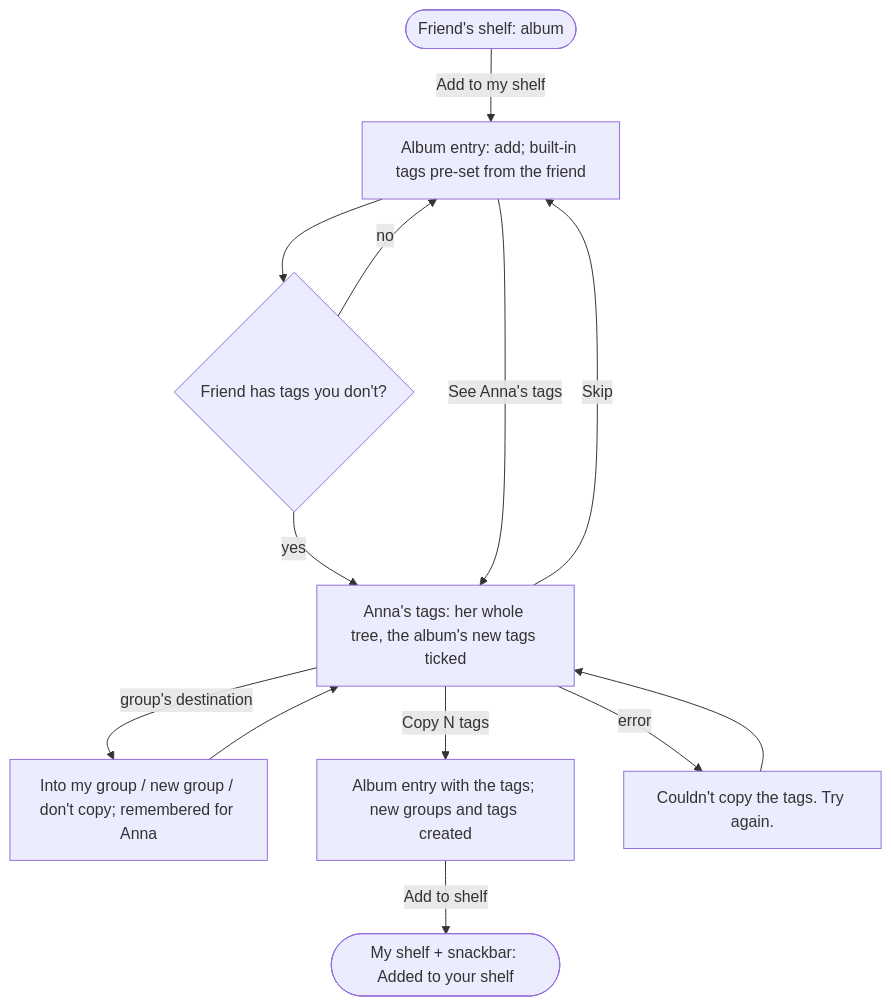
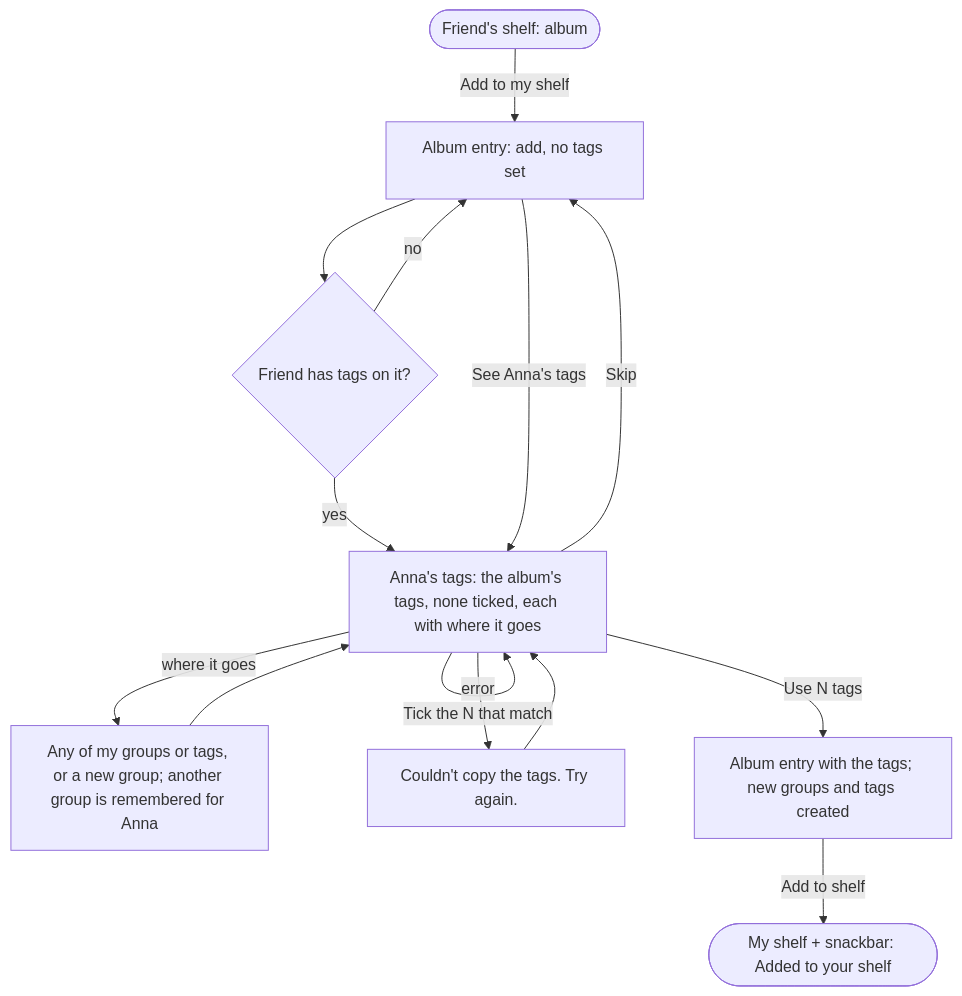
The eighth of 15 diagrams in docs/design/flows.md (Schwub/shelf), drawn with Mermaid before and after one commit. The commit also changed other lines of this file and 15 other files, not shown here.

First line of the commit message:
Copy a friend's tags: only the album's, none ticked, freely mapped

````diff
--- a/docs/design/flows.md
+++ b/docs/design/flows.md
@@ -185,13 +185,14 @@
 ```mermaid
 flowchart TD
-  friend([Friend's shelf: album]) -- Add to my shelf --> entry[Album entry: add; built-in tags pre-set from the friend]
-  entry --> missing{Friend has tags you don't?}
-  missing -- no --> entry
-  missing -- yes --> sheet[Anna's tags: her whole tree, the album's new tags ticked]
-  sheet -- group's destination --> pick[Into my group / new group / don't copy; remembered for Anna] --> sheet
-  sheet -- Copy N tags --> entry2[Album entry with the tags; new groups and tags created]
+  friend([Friend's shelf: album]) -- Add to my shelf --> entry[Album entry: add, no tags set]
+  entry --> any{Friend has tags on it?}
+  any -- no --> entry
+  any -- yes --> sheet[Anna's tags: the album's tags, none ticked, each with where it goes]
+  sheet -- where it goes --> pick[Any of my groups or tags, or a new group; another group is remembered for Anna] --> sheet
+  sheet -- Tick the N that match --> sheet
+  sheet -- Use N tags --> entry2[Album entry with the tags; new groups and tags created]
   sheet -- Skip --> entry
   entry -- See Anna's tags --> sheet
   entry2 -- Add to shelf --> done([My shelf + snackbar: Added to your shelf])
   sheet -- error --> err[Couldn't copy the tags. Try again.] --> sheet
 ```
````
